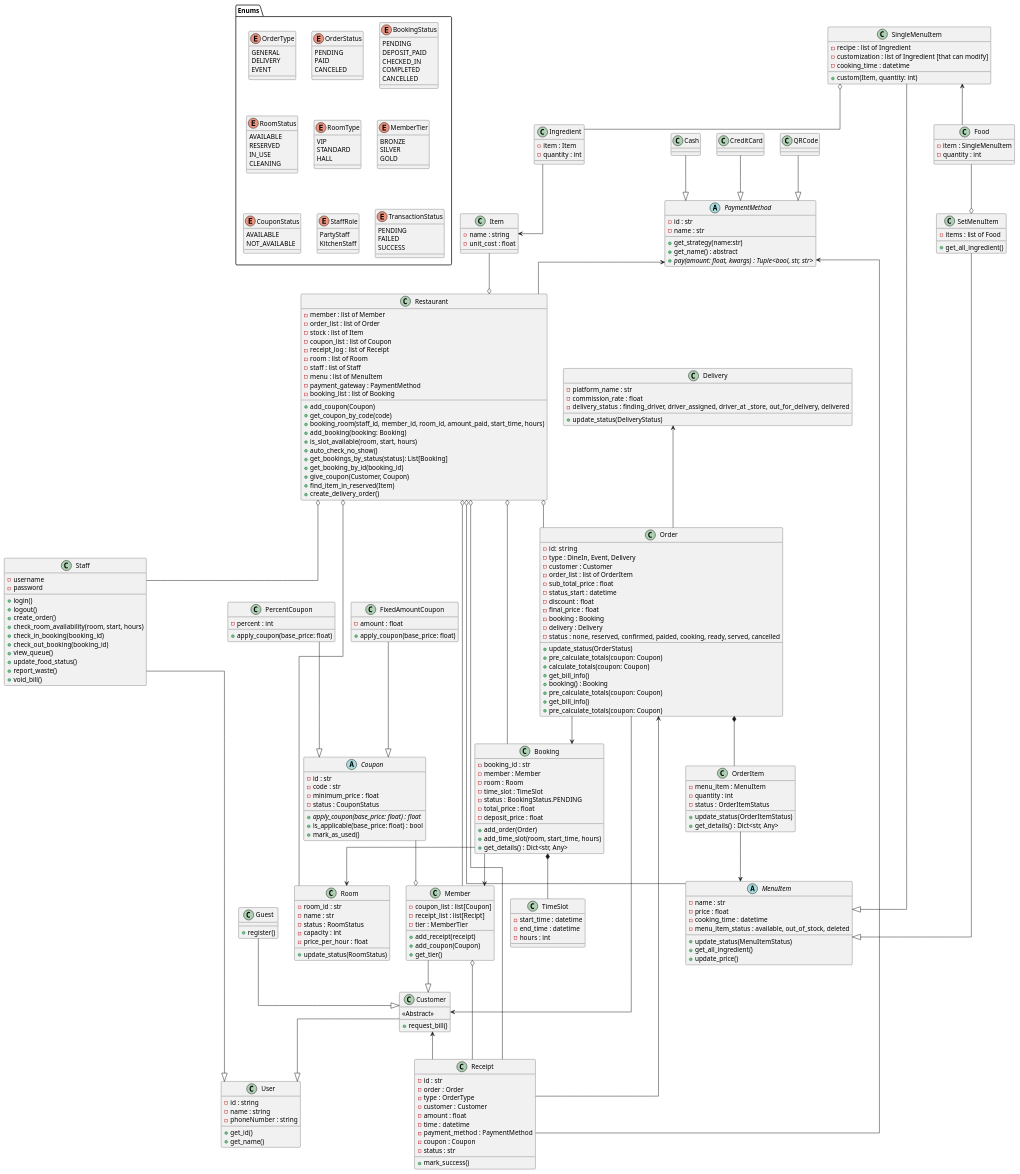
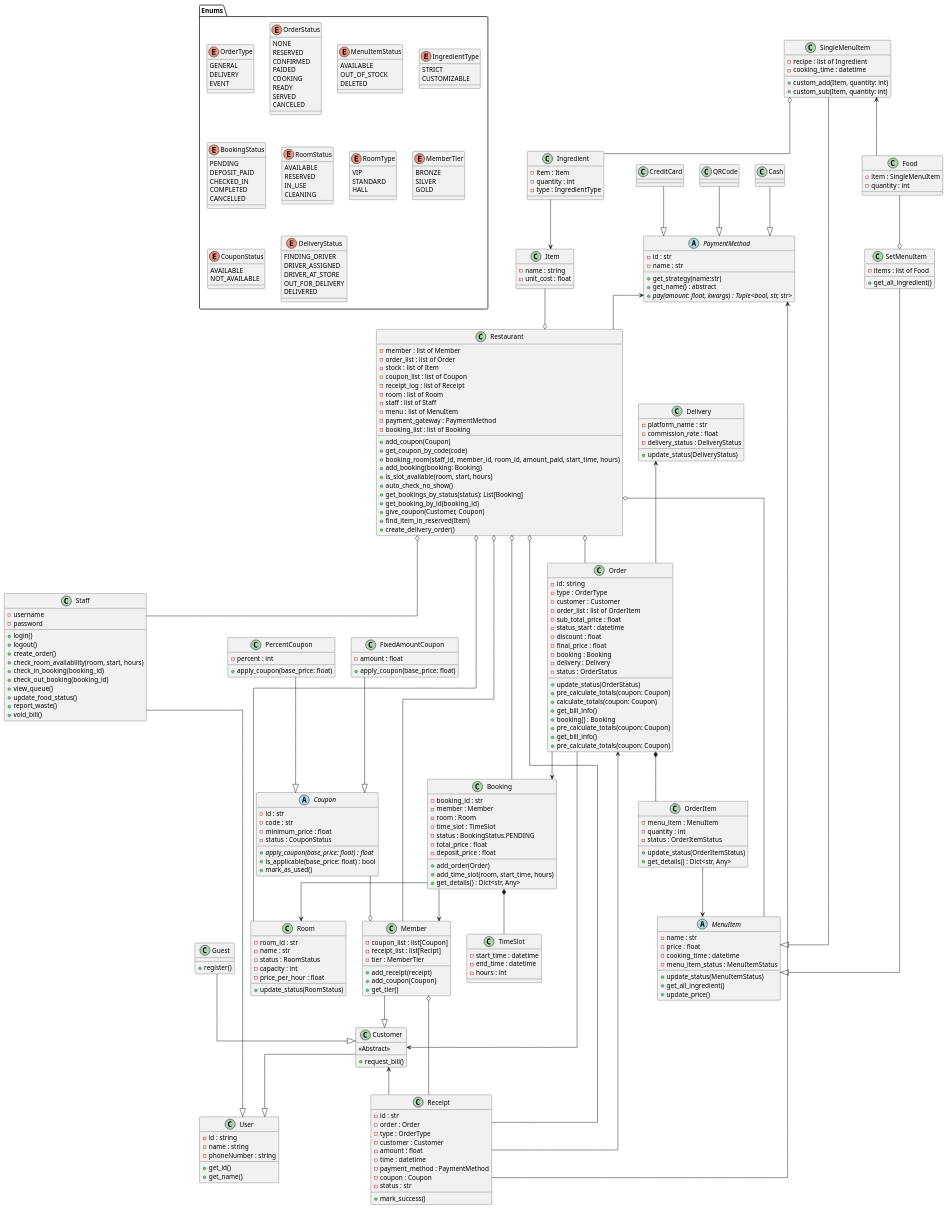
One commit to twrrippy/knight-chicken-oop changed the diagram in shared/doc/class_diagram.puml. Above: the diagram before and after it, drawn with PlantUML.

Commit message:
update enum & change customize list in SingleMenuItem to attribute in Ingredient Class

```diff
--- a/shared/doc/class_diagram.puml
+++ b/shared/doc/class_diagram.puml
@@ -84,7 +84,7 @@
 
 class Order{
     - id:  string
-    - type : DineIn, Event, Delivery
+    - type : OrderType
     - customer : Customer
     - order_list : list of OrderItem
     - sub_total_price : float
@@ -93,7 +93,7 @@
     - final_price : float
     - booking : Booking
     - delivery : Delivery
-    - status : none, reserved, confirmed, paided, cooking, ready, served, cancelled
+    - status : OrderStatus
     + update_status(OrderStatus)
     + pre_calculate_totals(coupon: Coupon)
     + calculate_totals(coupon: Coupon)
@@ -115,16 +115,16 @@
     - name : str
     - price : float
     - cooking_time : datetime
-    - menu_item_status : available, out_of_stock, deleted
+    - menu_item_status : MenuItemStatus
     + update_status(MenuItemStatus)
     + get_all_ingredient()
     + update_price()
 }
 class SingleMenuItem{
     - recipe : list of Ingredient
-    - customization : list of Ingredient [that can modify]
     - cooking_time : datetime
-    + custom(Item, quantity: int)
+    + custom_add(Item, quantity: int)
+    + custom_sub(Item, quantity: int)
 }
 class SetMenuItem{
     - items : list of Food
@@ -137,6 +137,7 @@
 class Ingredient{
     - item : Item
     - quantity : int
+    - type : IngredientType
 }
 class Item{
     - name : string
@@ -201,7 +202,7 @@
 class Delivery{
     - platform_name : str
     - commission_rate : float
-    - delivery_status : finding_driver, driver_assigned, driver_at _store, out_for_delivery, delivered
+    - delivery_status : DeliveryStatus
     + update_status(DeliveryStatus)
 }
 PaymentMethod <-- Restaurant
@@ -255,9 +256,23 @@
         EVENT
     }
     enum OrderStatus {
-        PENDING
-        PAID
+        NONE
+        RESERVED
+        CONFIRMED
+        PAIDED
+        COOKING
+        READY
+        SERVED
         CANCELED
+    }
+    enum MenuItemStatus{
+        AVAILABLE
+        OUT_OF_STOCK
+        DELETED
+    }
+    enum IngredientType{
+        STRICT
+        CUSTOMIZABLE
     }
     enum BookingStatus {
         PENDING
@@ -286,14 +301,12 @@
         AVAILABLE
         NOT_AVAILABLE
     }
-    enum StaffRole {
-        PartyStaff
-        KitchenStaff
-    }
-    enum TransactionStatus {
-        PENDING
-        FAILED
-        SUCCESS
+    enum DeliveryStatus{
+        FINDING_DRIVER
+        DRIVER_ASSIGNED
+        DRIVER_AT_STORE
+        OUT_FOR_DELIVERY
+        DELIVERED
     }
 }
 
```
